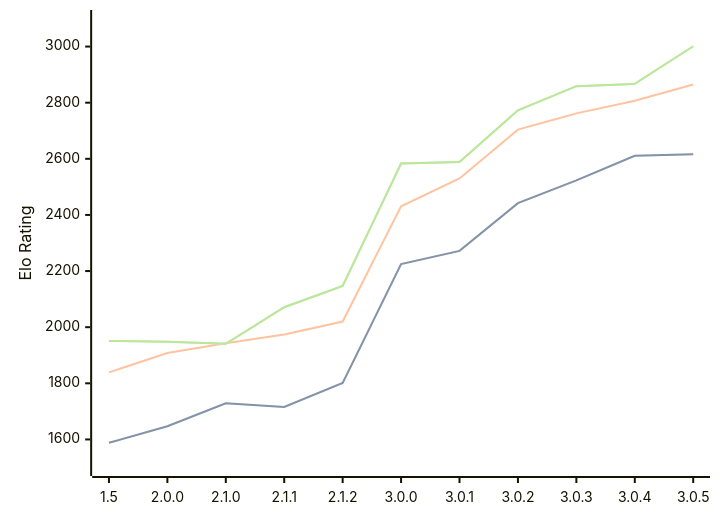
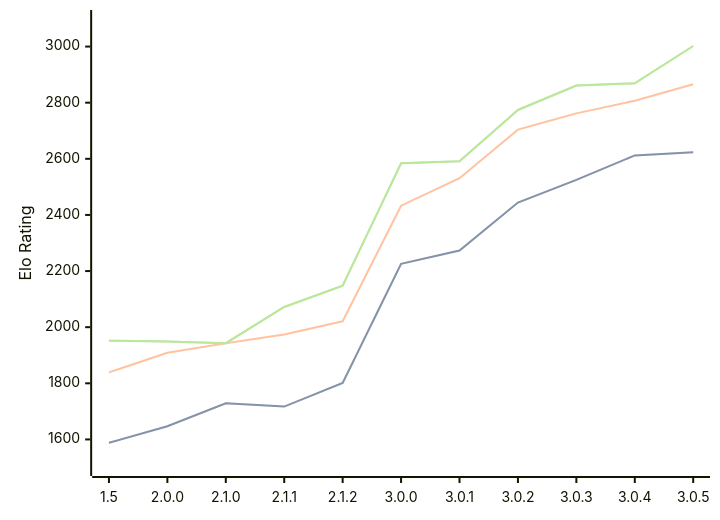
The diagram in engines/Rudim.md (computer-chess-index/cci), drawn with Mermaid before and after one commit. The commit also changed other lines of this file, not shown here.

Commit message:
Update CCI Ratings (ELO VLTC) - 2026-08-15

````diff
--- a/engines/Rudim.md
+++ b/engines/Rudim.md
@@ -45,11 +45,11 @@
 ```mermaid
 %%{init: {"theme":"base","themeVariables":{"seriesColors:['#a3a3a3','#222221','#faa371']}}}%%
 xychart-beta
   x-axis ["1.5", "2.0.0", "2.1.0", "2.1.1", "2.1.2", "3.0.0", "3.0.1", "3.0.2", "3.0.3", "3.0.4", "3.0.5"]
   y-axis "Elo Rating" 1500 --> 3100
-  line "STC (8.0+0.08s)" [1588, 1647, 1729, 1716, 1801, 2225, 2272, 2442, 2523, 2611, 2616]
-  line "STC (8.0+0.08s)" [1588, 1647, 1729, 1716, 1801, 2225, 2272, 2442, 2523, 2611, 2616]
-  line "LTC (60.0+0.60s)" [1839, 1908, 1943, 1974, 2020, 2431, 2530, 2704, 2762, 2807, 2865]
-  line "VLTC (2m24s+1.12s)" [1951, 1948, 1941, 2071, 2147, 2583, 2589, 2773, 2859, 2867, 3001]
-  line "VLTC (2m24s+1.12s)" [1951, 1948, 1941, 2071, 2147, 2583, 2589, 2773, 2859, 2867, 3001]
+  line "STC (8.0+0.08s)" [1588, 1647, 1729, 1717, 1801, 2226, 2273, 2444, 2525, 2612, 2623]
+  line "STC (8.0+0.08s)" [1588, 1647, 1729, 1717, 1801, 2226, 2273, 2444, 2525, 2612, 2623]
+  line "LTC (60.0+0.60s)" [1839, 1909, 1943, 1974, 2021, 2433, 2531, 2704, 2762, 2807, 2866]
+  line "VLTC (2m24s+1.12s)" [1952, 1949, 1943, 2072, 2148, 2584, 2591, 2774, 2861, 2869, 3002]
+  line "VLTC (2m24s+1.12s)" [1952, 1949, 1943, 2072, 2148, 2584, 2591, 2774, 2861, 2869, 3002]
 ```
````
